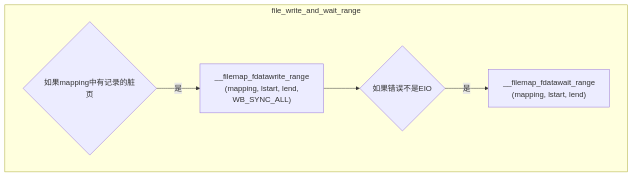
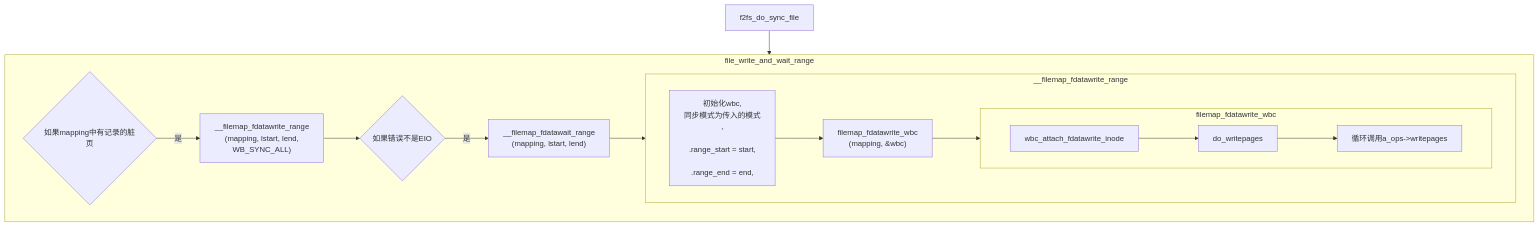
One commit to sigmanature/learn_os_note changed the diagram in 6.13.1内核文档注释/mm/filemap.c/file_write_and_wait_range.md. Above: the diagram before and after it, drawn with Mermaid.

````diff
--- a/6.13.1内核文档注释/mm/filemap.c/file_write_and_wait_range.md
+++ b/6.13.1内核文档注释/mm/filemap.c/file_write_and_wait_range.md
@@ -2,6 +2,16 @@
 ```mermaid
 graph TD
-subgraph file_write_and_wait_range
-A{如果mapping中有记录的脏页}--是-->B["__filemap_fdatawrite_range<br>(mapping, lstart, lend,<br>WB_SYNC_ALL)"]-->C{如果错误不是EIO}--是-->D["__filemap_fdatawait_range<br>(mapping, lstart, lend)"]
+E[f2fs_do_sync_file]-->b
+subgraph b[file_write_and_wait_range]
+A{如果mapping中有记录的脏页}--是-->B["__filemap_fdatawrite_range<br>(mapping, lstart, lend,<br>WB_SYNC_ALL)"]-->C{如果错误不是EIO}--是-->D["__filemap_fdatawait_range<br>(mapping, lstart, lend)"]-->a
 end 
+subgraph a[__filemap_fdatawrite_range]
+1["初始化wbc,<br>同步模式为传入的模式<br>,<br>
+.range_start = start,<br>
+.range_end = end,"]-->2["filemap_fdatawrite_wbc<br>(mapping, &wbc)"]-->c
+end
+subgraph c[filemap_fdatawrite_wbc]
+3[wbc_attach_fdatawrite_inode]-->4[do_writepages]-->5["循环调用a_ops->writepages"]
+end
+click E https://github.com/sigmanature/learn_os_note/blob/main/6.13.1%E5%86%85%E6%A0%B8%E6%96%87%E6%A1%A3%E6%B3%A8%E9%87%8A/fs/f2fs/file.c/f2fs_do_sync_file.md
 ```
````
